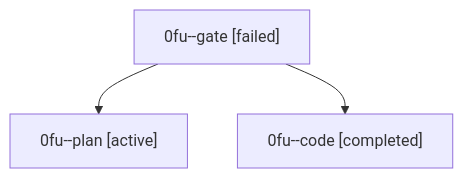
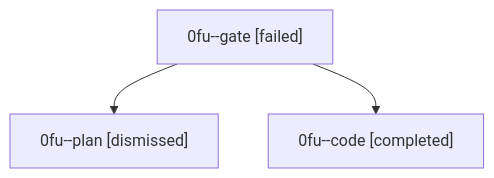
The diagram in sessions/bbugyi200.athena.0fu.md (sase-org/sase--agents), drawn with Mermaid before and after one commit. The commit also changed other lines of this file and 28 other files, not shown here.

````diff
--- a/sessions/bbugyi200.athena.0fu.md
+++ b/sessions/bbugyi200.athena.0fu.md
@@ -9,8 +9,8 @@
 ```mermaid
 flowchart TD
   n0["0fu--gate [failed]"]
-  n1["0fu--plan [active]"]
+  n1["0fu--plan [dismissed]"]
   n0 --> n1
   n2["0fu--code [completed]"]
   n0 --> n2
 ```
````
